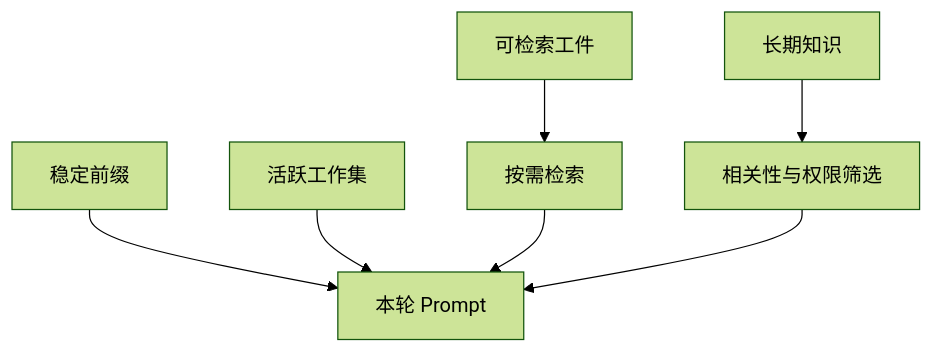
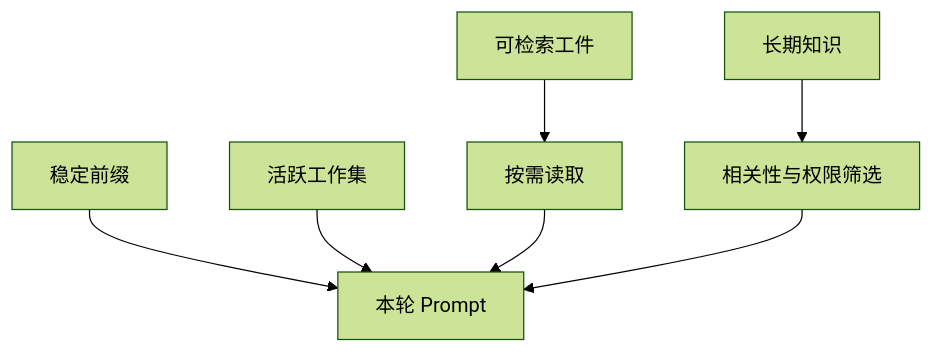
Before and after one commit to ZackLiang/llm-learning-journey: the second of 2 diagrams in docs/notes/context-management/index.md, drawn with Mermaid (forest theme). The commit also changed other lines of this file and 6 other files, not shown here.

````diff
--- a/docs/notes/context-management/index.md
+++ b/docs/notes/context-management/index.md
@@ -80,9 +78,9 @@
 ```mermaid
 flowchart TD
     A[稳定前缀] --> E[本轮 Prompt]
     B[活跃工作集] --> E
-    C[可检索工件] --> D[按需检索]
+    C[可检索工件] --> D[按需读取]
     D --> E
     F[长期知识] --> G[相关性与权限筛选]
     G --> E
 ```
````
